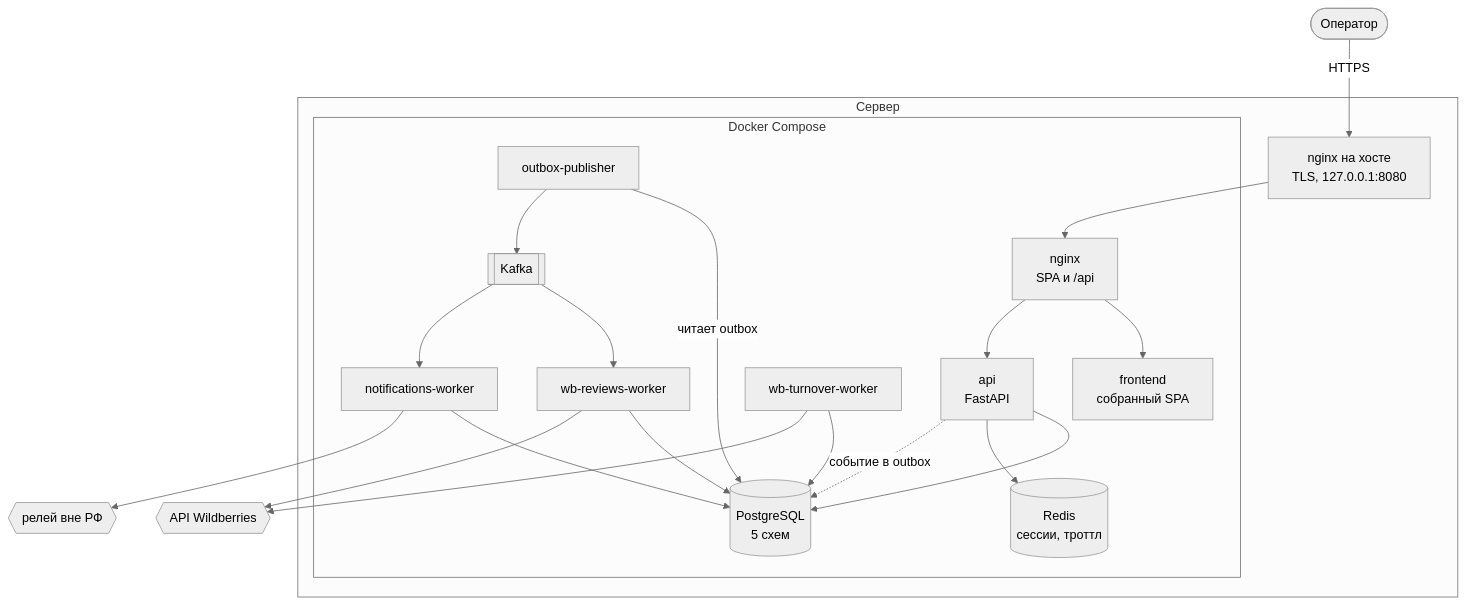
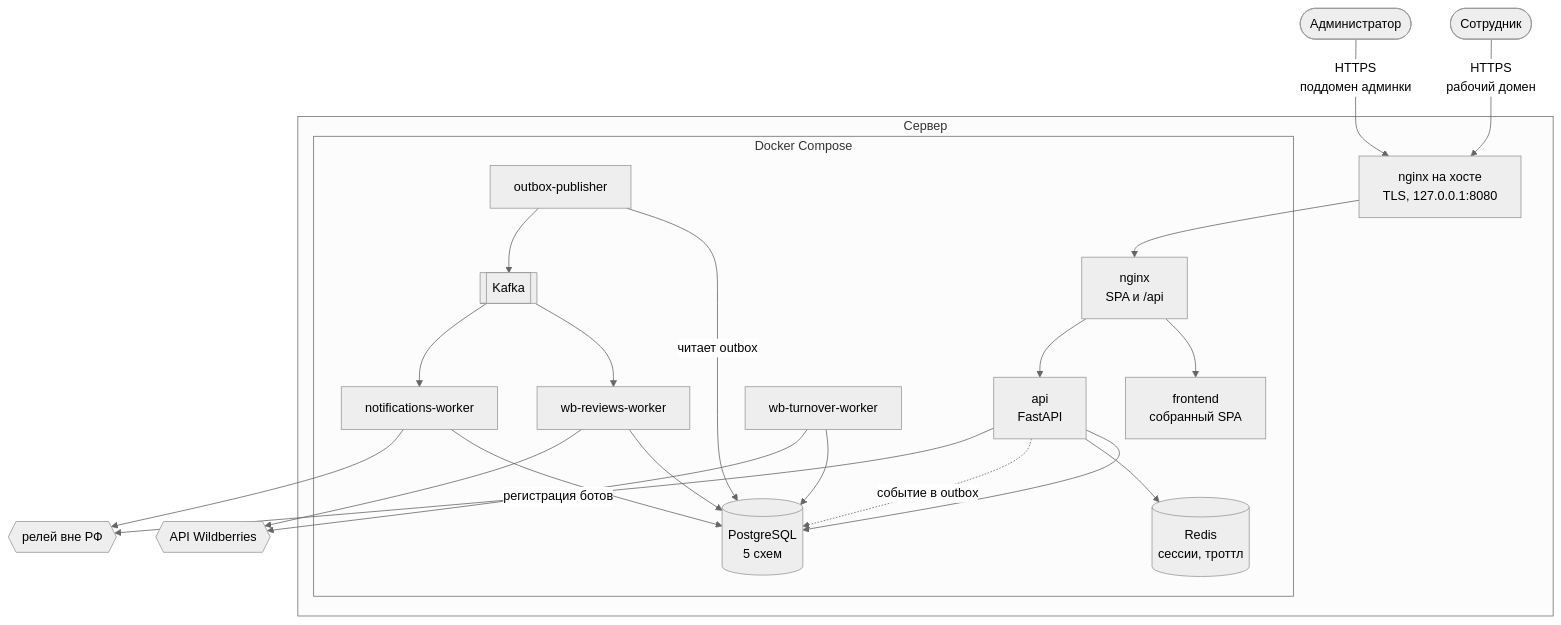
One commit to krionefishy/karbi changed the diagram in docs/architecture/OVERVIEW.md. Above: the diagram before and after it, drawn with Mermaid (neutral theme). The commit also changed other lines of this file and 10 other files, not shown here.

Commit message:
Describe the admin section and the relay in the documentation

````diff
--- a/docs/architecture/OVERVIEW.md
+++ b/docs/architecture/OVERVIEW.md
@@ -3,44 +3,46 @@
 ```mermaid
 flowchart TB
-    operator([Оператор]) -->|HTTPS| host
+    operator([Сотрудник]) -->|"HTTPS<br/>рабочий домен"| host
+    admin([Администратор]) -->|"HTTPS<br/>поддомен админки"| host
 
     subgraph host_server["Сервер"]
         host["nginx на хосте<br/>TLS, 127.0.0.1:8080"]
 
         subgraph compose["Docker Compose"]
             edge["nginx<br/>SPA и /api"]
             spa["frontend<br/>собранный SPA"]
             api["api<br/>FastAPI"]
             reviews["wb-reviews-worker"]
             turnover["wb-turnover-worker"]
             notifications["notifications-worker"]
             outbox["outbox-publisher"]
 
             pg[("PostgreSQL<br/>5 схем")]
             redis[("Redis<br/>сессии, троттл")]
             kafka[["Kafka"]]
         end
     end
 
     wb{{"API Wildberries"}}
     relay{{"релей вне РФ"}}
 
     host --> edge
     edge --> spa
     edge --> api
 
     api --> pg
     api --> redis
     api -.->|"событие в outbox"| pg
     outbox -->|"читает outbox"| pg
     outbox --> kafka
 
     kafka --> reviews
     kafka --> notifications
     reviews --> pg
     reviews --> wb
     turnover --> pg
     turnover --> wb
     notifications --> pg
     notifications --> relay
+    api -->|"регистрация ботов"| relay
 ```
````
